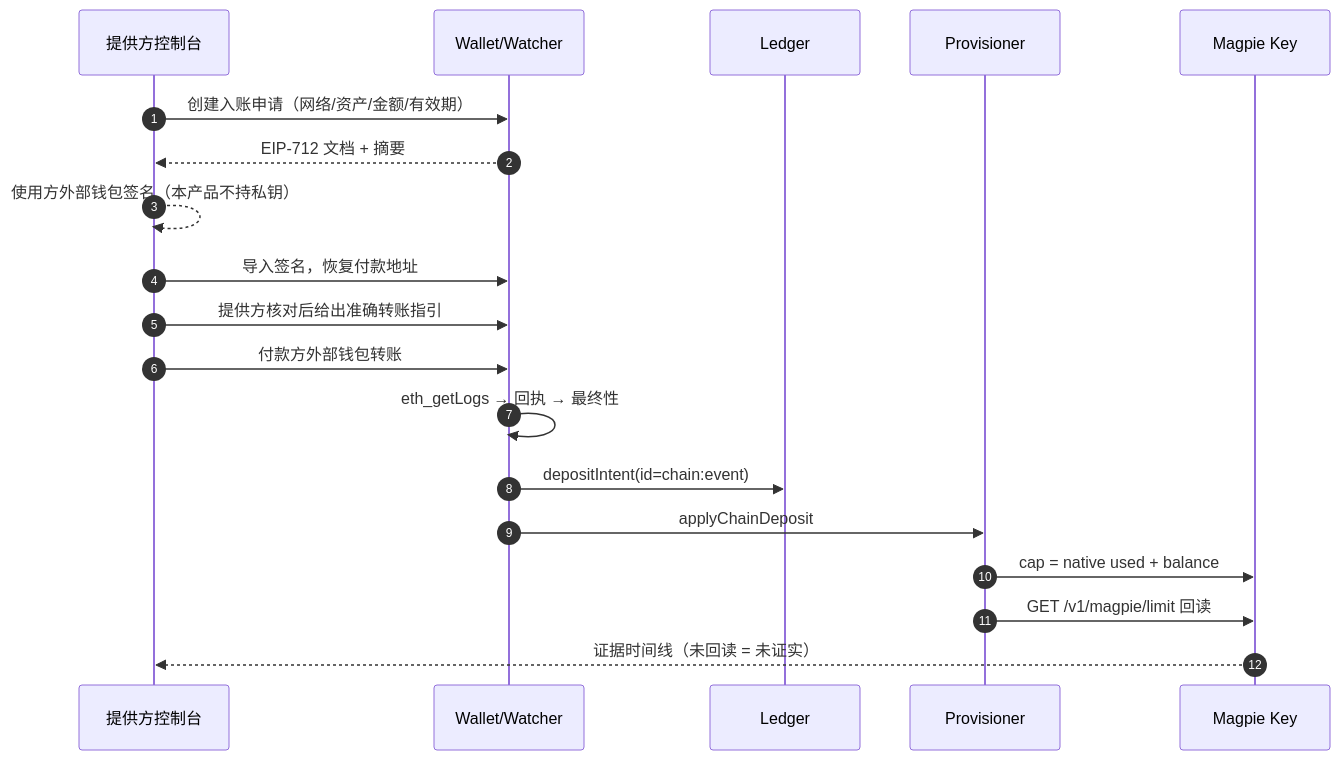
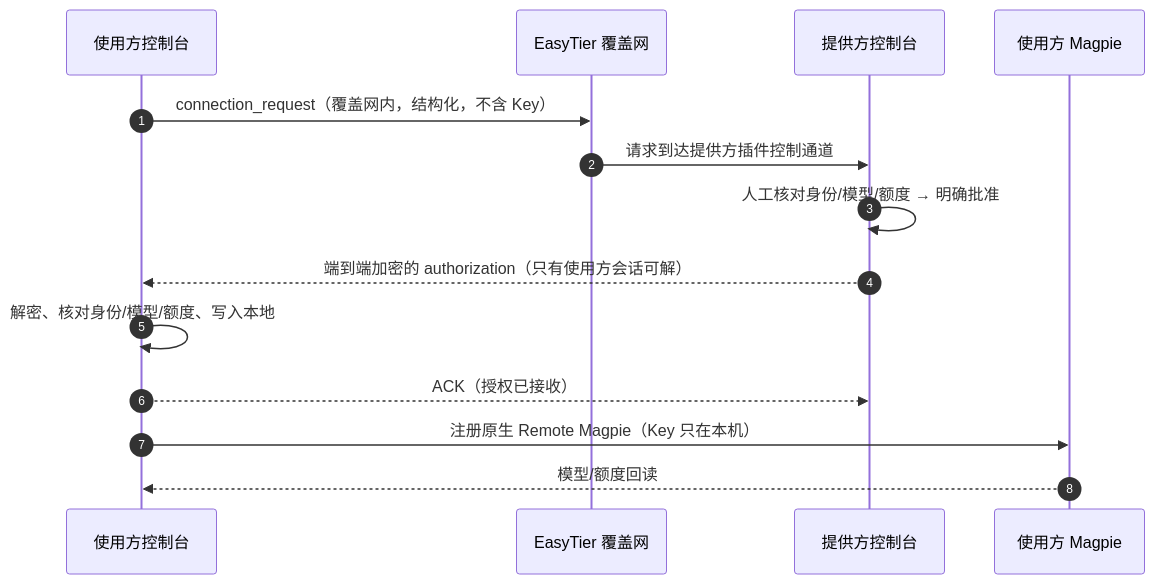
Before and after one commit to faithleysath/magpie-oh-my-aihub: the fourth of 7 diagrams in docs/phase10/FLOWS.md, drawn with Mermaid. The commit also changed other lines of this file and 2 other files, not shown here.

````diff
--- a/docs/phase10/FLOWS.md
+++ b/docs/phase10/FLOWS.md
@@ -178,22 +128,17 @@
 ```mermaid
 sequenceDiagram
   autonumber
+  participant C as 使用方控制台
+  participant ET as EasyTier 覆盖网
   participant P as 提供方控制台
-  participant W as Wallet/Watcher
-  participant L as Ledger
-  participant V as Provisioner
-  participant M as Magpie Key
+  participant M as 使用方 Magpie
 
-  P->>W: 创建入账申请（网络/资产/金额/有效期）
-  W-->>P: EIP-712 文档 + 摘要
-  P-->>P: 使用方外部钱包签名（本产品不持私钥）
-  P->>W: 导入签名，恢复付款地址
-  P->>W: 提供方核对后给出准确转账指引
-  P->>W: 付款方外部钱包转账
-  W->>W: eth_getLogs → 回执 → 最终性
-  W->>L: depositIntent(id=chain:event)
-  W->>V: applyChainDeposit
-  V->>M: cap = native used + balance
-  V->>M: GET /v1/magpie/limit 回读
-  M-->>P: 证据时间线（未回读 = 未证实）
+  C->>ET: connection_request（覆盖网内，结构化，不含 Key）
+  ET->>P: 请求到达提供方插件控制通道
+  P->>P: 人工核对身份/模型/额度 → 明确批准
+  P-->>C: 端到端加密的 authorization（只有使用方会话可解）
+  C->>C: 解密、核对身份/模型/额度、写入本地
+  C-->>P: ACK（授权已接收）
+  C->>M: 注册原生 Remote Magpie（Key 只在本机）
+  M-->>C: 模型/额度回读
 ```
````
